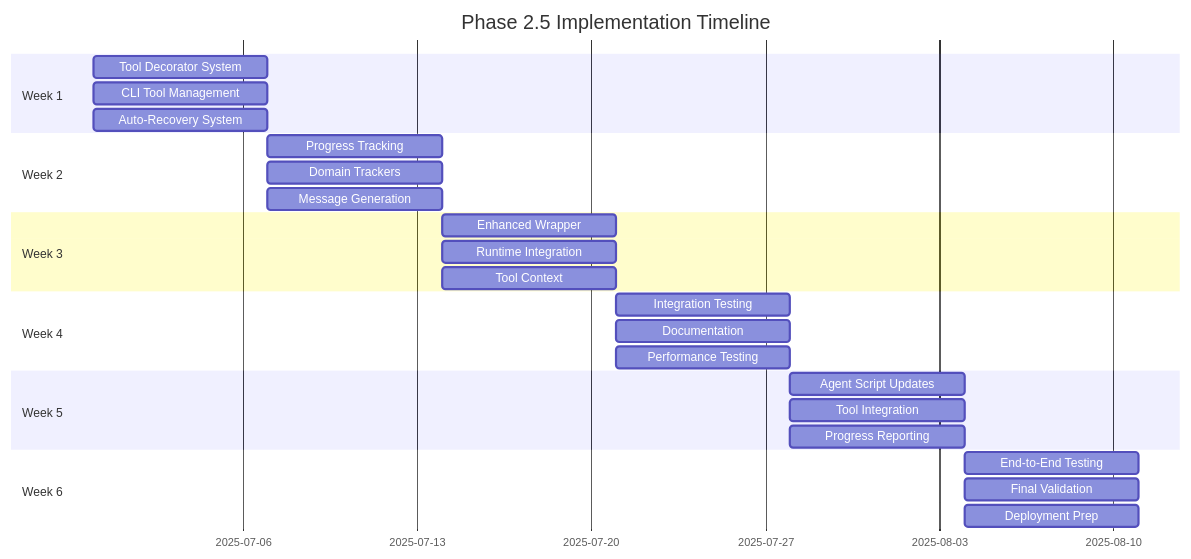
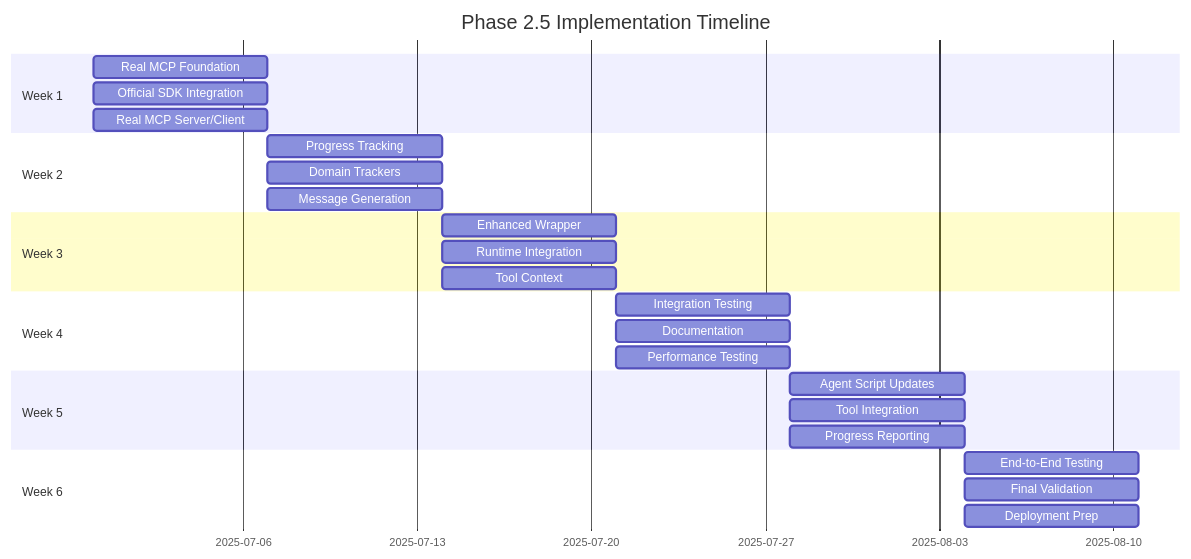
One commit to agentplug/agenthub changed the diagram in docs/.implementation_design/phase2.5_semantic_progress_tools/05_implementation_roadmap.md. Above: the diagram before and after it, drawn with Mermaid. The commit also changed other lines of this file and 14 other files, not shown here.

First line of the commit message:
docs: update design documents for real MCP implementation

````diff
--- a/docs/.implementation_design/phase2.5_semantic_progress_tools/05_implementation_roadmap.md
+++ b/docs/.implementation_design/phase2.5_semantic_progress_tools/05_implementation_roadmap.md
@@ -18,34 +18,34 @@
 ```mermaid
 gantt
     title Phase 2.5 Implementation Timeline
     dateFormat  YYYY-MM-DD
     section Week 1
-    Tool Decorator System     :a1, 2025-06-30, 7d
-    CLI Tool Management       :a2, 2025-06-30, 7d
-    Auto-Recovery System      :a3, 2025-06-30, 7d
+    Real MCP Foundation       :a1, 2025-06-30, 7d
+    Official SDK Integration  :a2, 2025-06-30, 7d
+    Real MCP Server/Client    :a3, 2025-06-30, 7d
     
     section Week 2
     Progress Tracking      :b1, 2025-07-07, 7d
     Domain Trackers        :b2, 2025-07-07, 7d
     Message Generation     :b3, 2025-07-07, 7d
     
     section Week 3
     Enhanced Wrapper       :c1, 2025-07-14, 7d
     Runtime Integration    :c2, 2025-07-14, 7d
     Tool Context           :c3, 2025-07-14, 7d
     
     section Week 4
     Integration Testing    :d1, 2025-07-21, 7d
     Documentation          :d2, 2025-07-21, 7d
     Performance Testing    :d3, 2025-07-21, 7d
     
     section Week 5
     Agent Script Updates   :e1, 2025-07-28, 7d
     Tool Integration       :e2, 2025-07-28, 7d
     Progress Reporting     :e3, 2025-07-28, 7d
     
     section Week 6
     End-to-End Testing     :f1, 2025-08-04, 7d
     Final Validation       :f2, 2025-08-04, 7d
     Deployment Prep        :f3, 2025-08-04, 7d
 ```
````
